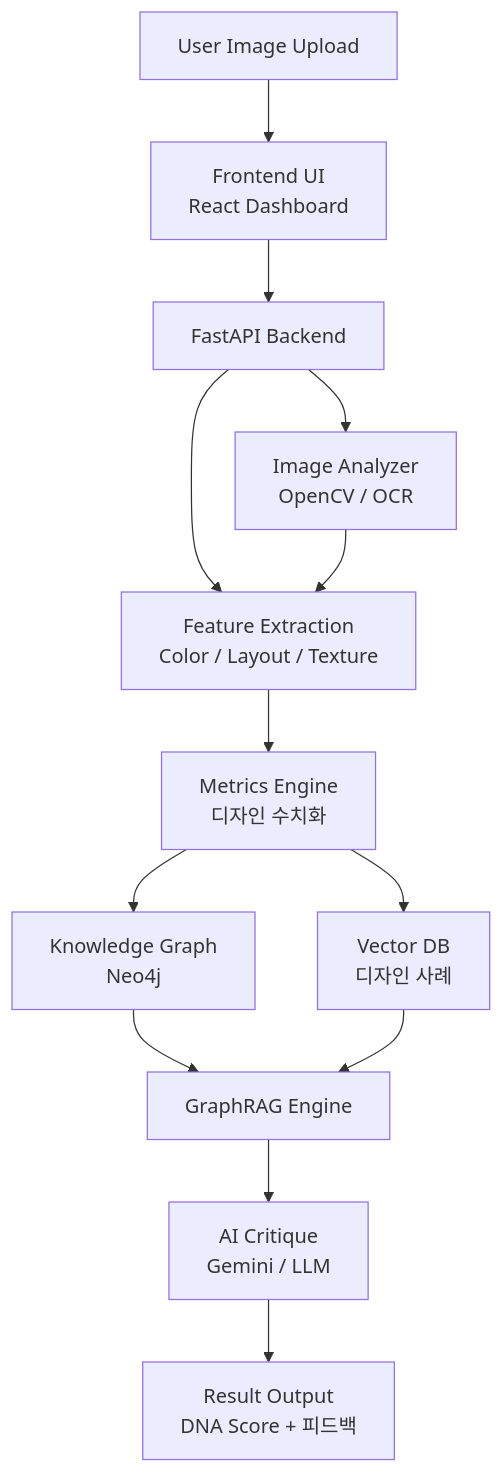
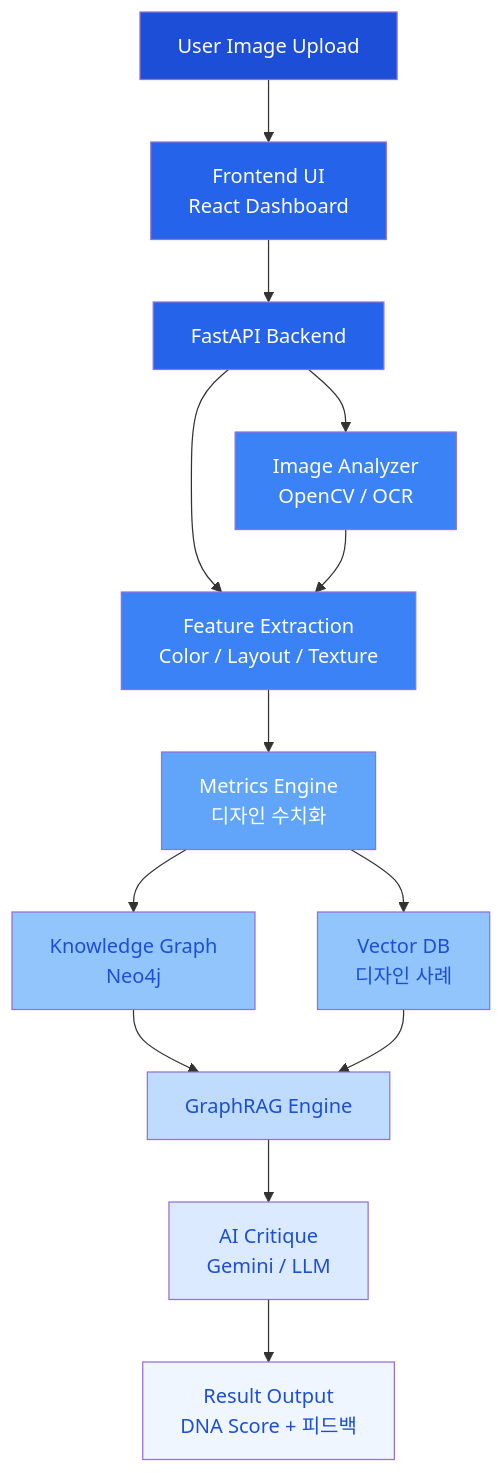
One commit to hoilycat/Mood-DNA-V2 changed the diagram in README.md. Above: the diagram before and after it, drawn with Mermaid. The commit also changed other lines of this file, not shown here.

````diff
--- a/README.md
+++ b/README.md
@@ -53,25 +102,28 @@
 ```mermaid
 graph TD
-
+ 
 A[User Image Upload] --> B[Frontend UI<br/>React Dashboard]
-
 B --> C[FastAPI Backend]
-
 C --> D[Image Analyzer<br/>OpenCV / OCR]
 C --> E[Feature Extraction<br/>Color / Layout / Texture]
-
 D --> E
-
 E --> F[Metrics Engine<br/>디자인 수치화]
-
 F --> G[Knowledge Graph<br/>Neo4j]
-
 F --> H[Vector DB<br/>디자인 사례]
-
 G --> I[GraphRAG Engine]
 H --> I
-
 I --> J[AI Critique<br/>Gemini / LLM]
-
 J --> K[Result Output<br/>DNA Score + 피드백]
+ 
+style A fill:#1d4ed8,color:#fff
+style B fill:#2563eb,color:#fff
+style C fill:#2563eb,color:#fff
+style D fill:#3b82f6,color:#fff
+style E fill:#3b82f6,color:#fff
+style F fill:#60a5fa,color:#fff
+style G fill:#93c5fd,color:#1d4ed8
+style H fill:#93c5fd,color:#1d4ed8
+style I fill:#bfdbfe,color:#1d4ed8
+style J fill:#dbeafe,color:#1d4ed8
+style K fill:#eff6ff,color:#1d4ed8
 ```
````
